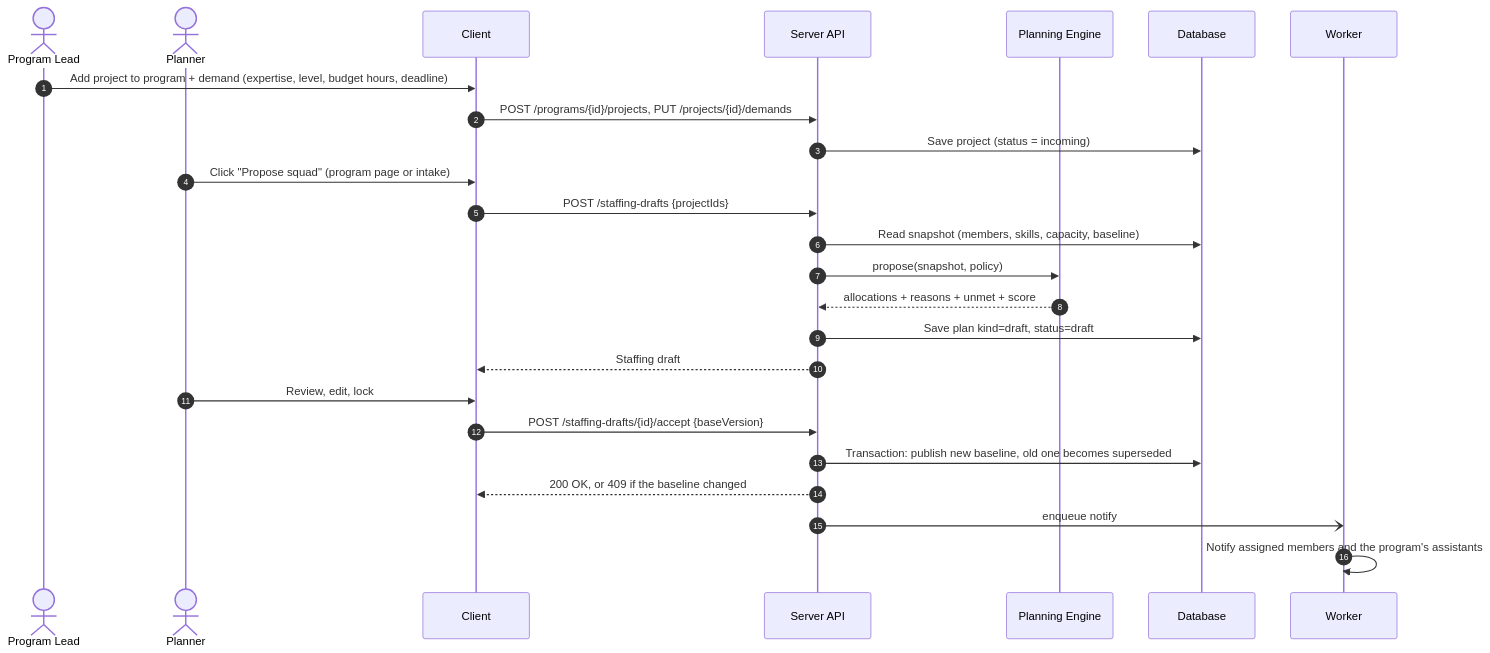
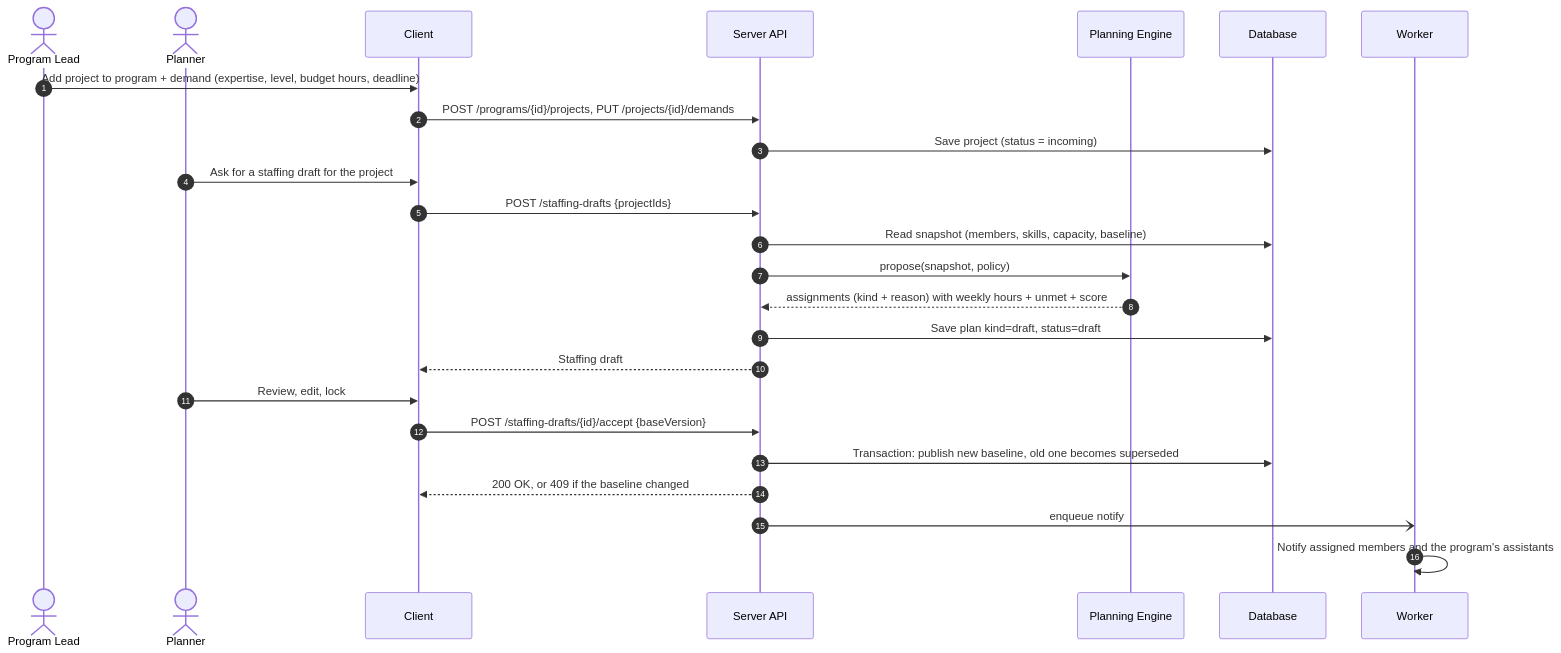
The sixth of 8 diagrams in README.md (dophnamm/the-slot-finder), drawn with Mermaid before and after one commit. The commit also changed other lines of this file and 4 other files, not shown here.

````diff
--- a/README.md
+++ b/README.md
@@ -406,28 +481,28 @@
 ```mermaid
 sequenceDiagram
   autonumber
   actor L as Program Lead
   actor P as Planner
   participant C as Client
   participant API as Server API
   participant ENG as Planning Engine
   participant DB as Database
   participant W as Worker
 
   L->>C: Add project to program + demand (expertise, level, budget hours, deadline)
   C->>API: POST /programs/{id}/projects, PUT /projects/{id}/demands
   API->>DB: Save project (status = incoming)
-  P->>C: Click "Propose squad" (program page or intake)
+  P->>C: Ask for a staffing draft for the project
   C->>API: POST /staffing-drafts {projectIds}
   API->>DB: Read snapshot (members, skills, capacity, baseline)
   API->>ENG: propose(snapshot, policy)
-  ENG-->>API: allocations + reasons + unmet + score
+  ENG-->>API: assignments (kind + reason) with weekly hours + unmet + score
   API->>DB: Save plan kind=draft, status=draft
   API-->>C: Staffing draft
   P->>C: Review, edit, lock
   C->>API: POST /staffing-drafts/{id}/accept {baseVersion}
   API->>DB: Transaction: publish new baseline, old one becomes superseded
   API-->>C: 200 OK, or 409 if the baseline changed
   API-)W: enqueue notify
   W->>W: Notify assigned members and the program's assistants
 ```
````
